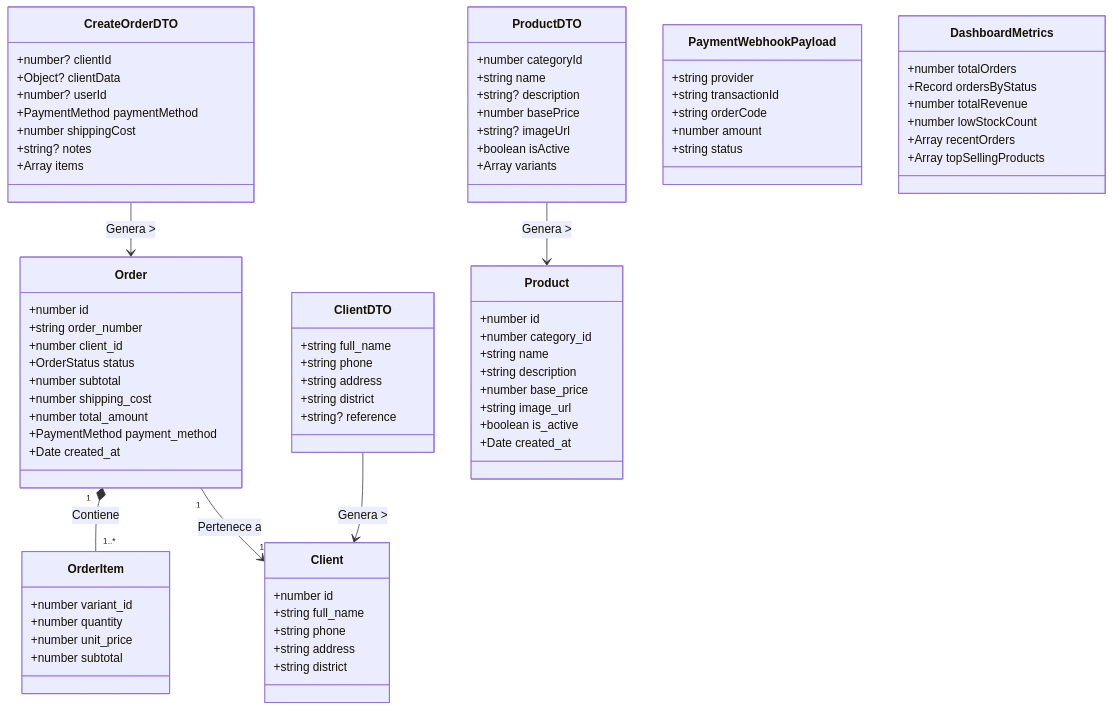
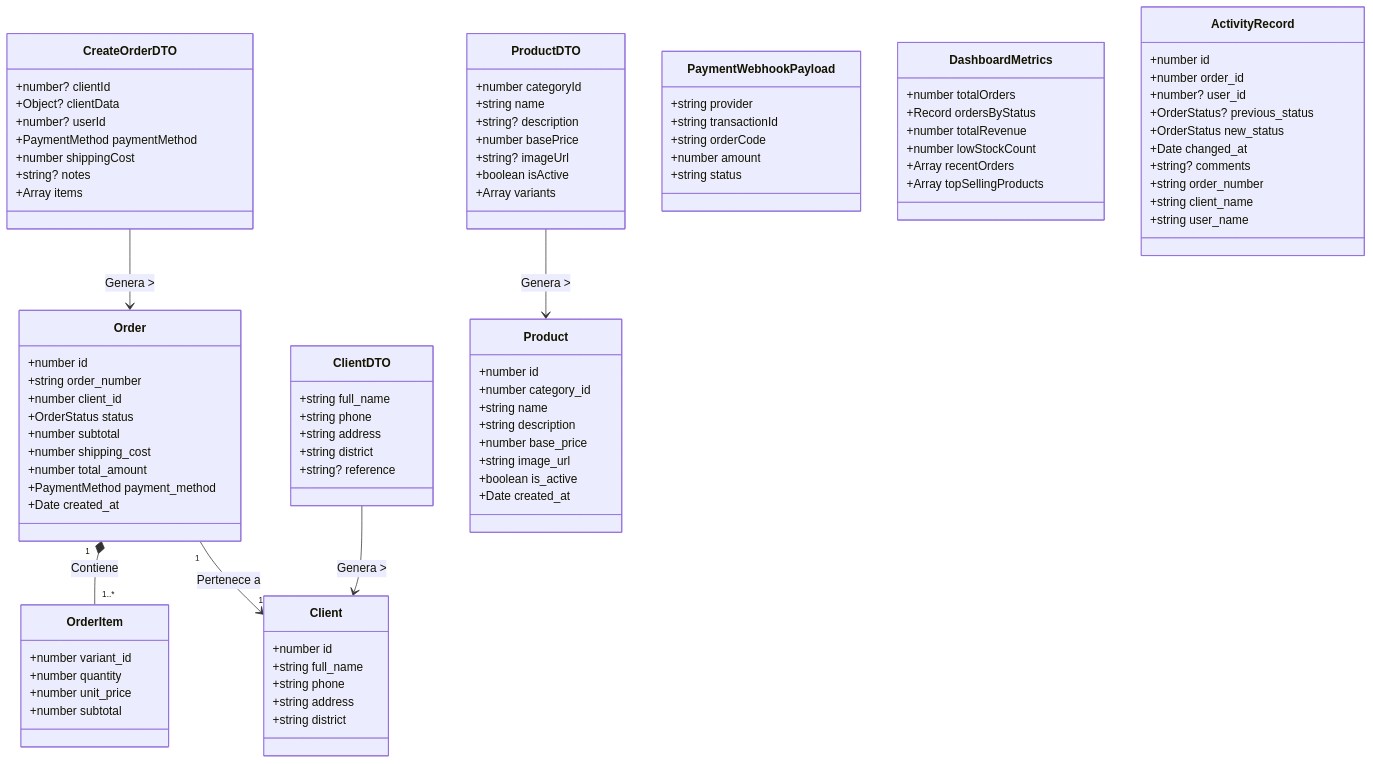
One commit to Leofit-Solutions-Grupo01/leofit-pedidos-sistema changed the diagram in docs/diagramas/D3-contratos-api/diagram.mmd. Above: the diagram before and after it, drawn with Mermaid. The commit also changed 2 other files, not shown here.

Commit message:
docs: actualizar diagramas y contratos API con ActivityRecord

```diff
--- a/docs/diagramas/D3-contratos-api/diagram.mmd
+++ b/docs/diagramas/D3-contratos-api/diagram.mmd
@@ -1,90 +1,103 @@
 classDiagram
     %% Modelos Core de Negocio y DTOs
     class CreateOrderDTO {
         +number? clientId
         +Object? clientData
         +number? userId
         +PaymentMethod paymentMethod
         +number shippingCost
         +string? notes
         +Array items
     }
 
     class Order {
         +number id
         +string order_number
         +number client_id
         +OrderStatus status
         +number subtotal
         +number shipping_cost
         +number total_amount
         +PaymentMethod payment_method
         +Date created_at
     }
 
     class OrderItem {
         +number variant_id
         +number quantity
         +number unit_price
         +number subtotal
     }
 
     class Client {
         +number id
         +string full_name
         +string phone
         +string address
         +string district
     }
     
     class ClientDTO {
         +string full_name
         +string phone
         +string address
         +string district
         +string? reference
     }
 
     class Product {
         +number id
         +number category_id
         +string name
         +string description
         +number base_price
         +string image_url
         +boolean is_active
         +Date created_at
     }
 
     class ProductDTO {
         +number categoryId
         +string name
         +string? description
         +number basePrice
         +string? imageUrl
         +boolean isActive
         +Array variants
     }
 
     class PaymentWebhookPayload {
         +string provider
         +string transactionId
         +string orderCode
         +number amount
         +string status
     }
 
     class DashboardMetrics {
         +number totalOrders
         +Record ordersByStatus
         +number totalRevenue
         +number lowStockCount
         +Array recentOrders
         +Array topSellingProducts
     }
 
+    class ActivityRecord {
+        +number id
+        +number order_id
+        +number? user_id
+        +OrderStatus? previous_status
+        +OrderStatus new_status
+        +Date changed_at
+        +string? comments
+        +string order_number
+        +string client_name
+        +string user_name
+    }
+
     CreateOrderDTO --> Order : Genera >
     Order "1" *-- "1..*" OrderItem : Contiene
     Order "1" --> "1" Client : Pertenece a
     ProductDTO --> Product : Genera >
     ClientDTO --> Client : Genera >
```
